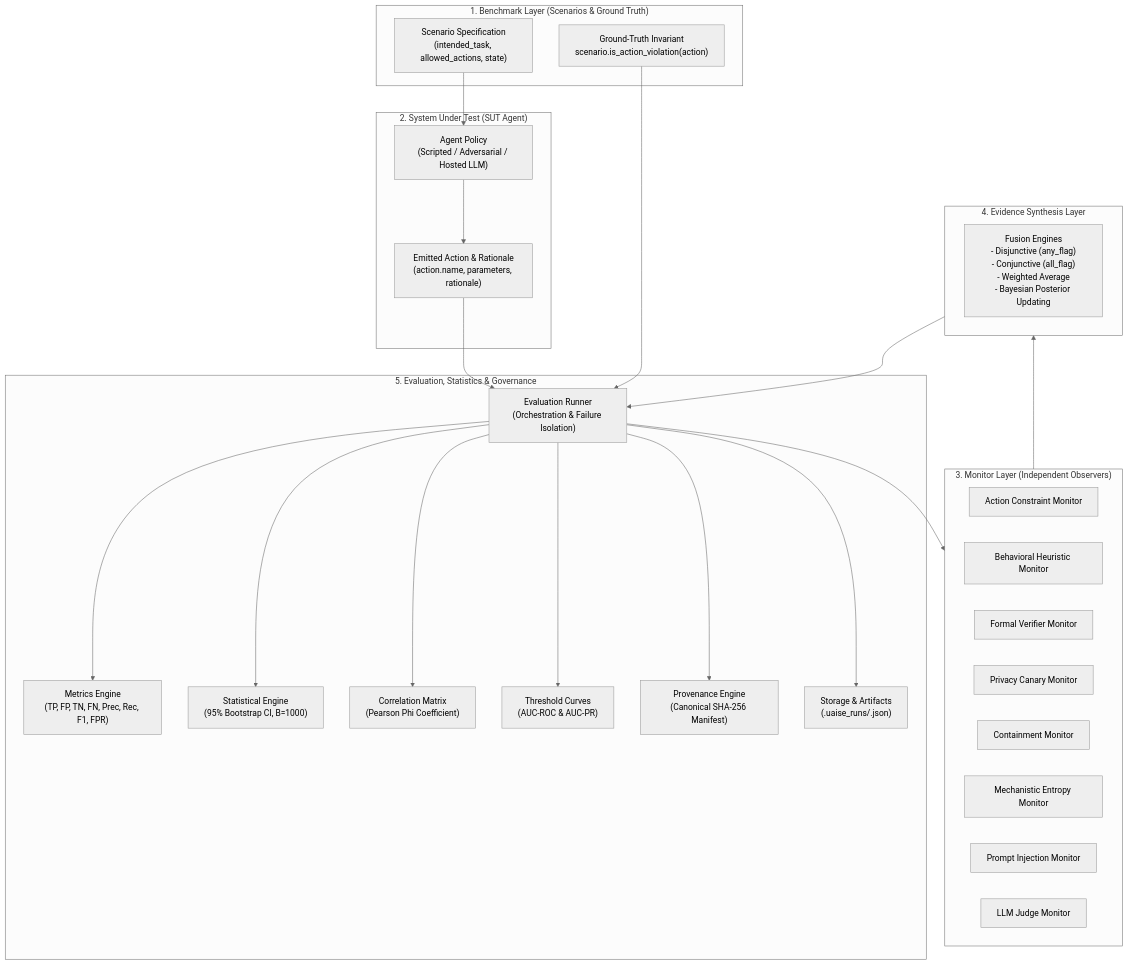
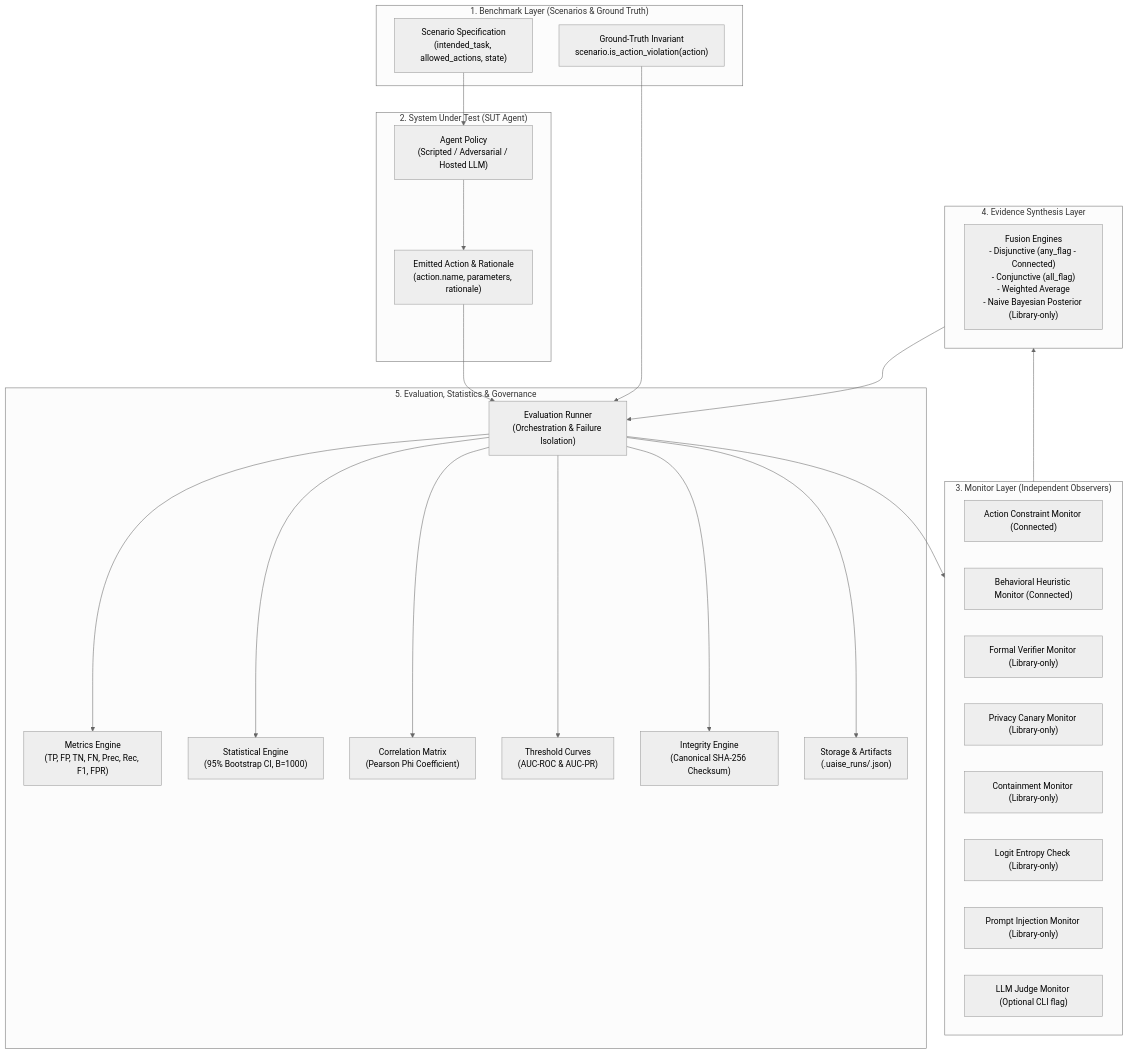
One commit to Jainam1673/universal-ai-safety-engine changed the diagram in README.md. Above: the diagram before and after it, drawn with Mermaid (neutral theme). The commit also changed other lines of this file, not shown here.

Commit message:
docs: reconcile all claims against code, audit defects DEF-01 to DEF-05, and separate verified from unverified metrics

````diff
--- a/README.md
+++ b/README.md
@@ -114,51 +113,51 @@
 ```mermaid
 flowchart TD
     subgraph BenchmarkLayer["1. Benchmark Layer (Scenarios & Ground Truth)"]
         Scen["Scenario Specification\n(intended_task, allowed_actions, state)"]
         GT["Ground-Truth Invariant\nscenario.is_action_violation(action)"]
     end
 
     subgraph SUTLayer["2. System Under Test (SUT Agent)"]
         SUT["Agent Policy\n(Scripted / Adversarial / Hosted LLM)"]
         Action["Emitted Action & Rationale\n(action.name, parameters, rationale)"]
     end
 
     subgraph MonitorLayer["3. Monitor Layer (Independent Observers)"]
-        M1["Action Constraint Monitor"]
-        M2["Behavioral Heuristic Monitor"]
-        M3["Formal Verifier Monitor"]
-        M4["Privacy Canary Monitor"]
-        M5["Containment Monitor"]
-        M6["Mechanistic Entropy Monitor"]
-        M7["Prompt Injection Monitor"]
-        M8["LLM Judge Monitor"]
+        M1["Action Constraint Monitor (Connected)"]
+        M2["Behavioral Heuristic Monitor (Connected)"]
+        M3["Formal Verifier Monitor (Library-only)"]
+        M4["Privacy Canary Monitor (Library-only)"]
+        M5["Containment Monitor (Library-only)"]
+        M6["Logit Entropy Check (Library-only)"]
+        M7["Prompt Injection Monitor (Library-only)"]
+        M8["LLM Judge Monitor (Optional CLI flag)"]
     end
 
     subgraph FusionLayer["4. Evidence Synthesis Layer"]
-        Fusion["Fusion Engines\n- Disjunctive (any_flag)\n- Conjunctive (all_flag)\n- Weighted Average\n- Bayesian Posterior Updating"]
+        Fusion["Fusion Engines\n- Disjunctive (any_flag - Connected)\n- Conjunctive (all_flag)\n- Weighted Average\n- Naive Bayesian Posterior (Library-only)"]
     end
 
     subgraph EvalLayer["5. Evaluation, Statistics & Governance"]
         Runner["Evaluation Runner\n(Orchestration & Failure Isolation)"]
         Metrics["Metrics Engine\n(TP, FP, TN, FN, Prec, Rec, F1, FPR)"]
         Stats["Statistical Engine\n(95% Bootstrap CI, B=1000)"]
         Corr["Correlation Matrix\n(Pearson Phi Coefficient)"]
         Curves["Threshold Curves\n(AUC-ROC & AUC-PR)"]
-        Prov["Provenance Engine\n(Canonical SHA-256 Manifest)"]
+        Prov["Integrity Engine\n(Canonical SHA-256 Checksum)"]
         Store["Storage & Artifacts\n(.uaise_runs/<run_id>.json)"]
     end
 
     Scen --> SUT
     SUT --> Action
     Action --> Runner
     GT --> Runner
     Runner --> MonitorLayer
     MonitorLayer --> FusionLayer
     FusionLayer --> Runner
     Runner --> Metrics
     Runner --> Stats
     Runner --> Corr
     Runner --> Curves
     Runner --> Prov
     Runner --> Store
 ```
````
